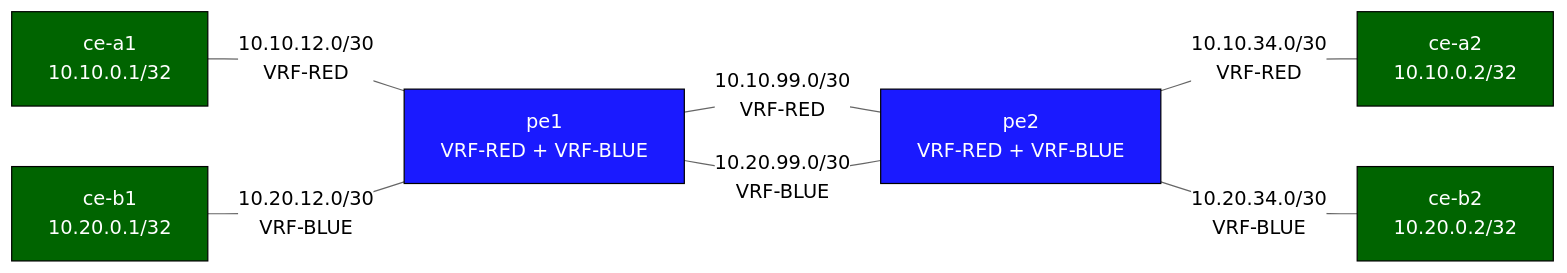
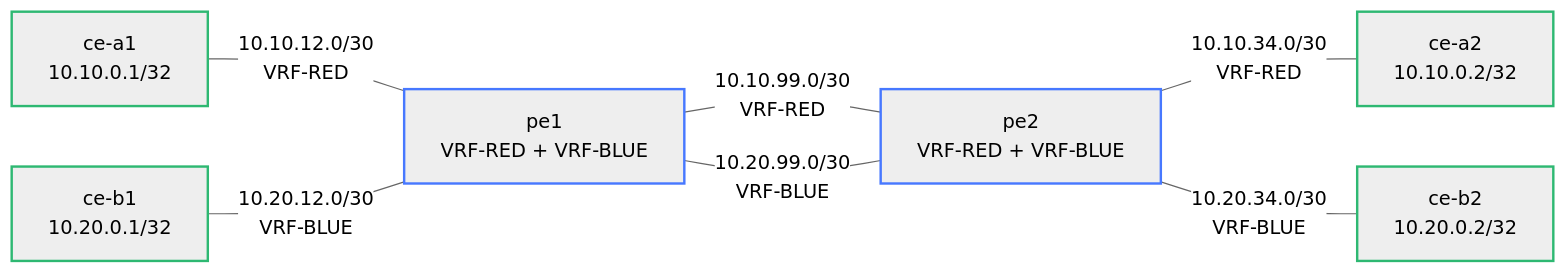
Before and after one commit to jschless/networkingLabs: the diagram in labs/vrf-lite/README.md, drawn with Mermaid (neutral theme). The commit also changed 250 other files, not shown here.

Commit message:
Fix unreadable topology diagrams, convert ASCII art, publish assessments (#57)

````diff
--- a/labs/vrf-lite/README.md
+++ b/labs/vrf-lite/README.md
@@ -11,22 +11,22 @@
 ```mermaid
 flowchart LR
-    cea1["ce-a1\n10.10.0.1/32"]
-    ceb1["ce-b1\n10.20.0.1/32"]
-    pe1["pe1\nVRF-RED + VRF-BLUE"]
-    pe2["pe2\nVRF-RED + VRF-BLUE"]
-    cea2["ce-a2\n10.10.0.2/32"]
-    ceb2["ce-b2\n10.20.0.2/32"]
+    cea1["ce-a1<br/>10.10.0.1/32"]
+    ceb1["ce-b1<br/>10.20.0.1/32"]
+    pe1["pe1<br/>VRF-RED + VRF-BLUE"]
+    pe2["pe2<br/>VRF-RED + VRF-BLUE"]
+    cea2["ce-a2<br/>10.10.0.2/32"]
+    ceb2["ce-b2<br/>10.20.0.2/32"]
 
-    cea1 -- "10.10.12.0/30\nVRF-RED" --- pe1
-    pe1 -- "10.10.99.0/30\nVRF-RED" --- pe2
-    pe2 -- "10.10.34.0/30\nVRF-RED" --- cea2
+    cea1 -- "10.10.12.0/30<br/>VRF-RED" --- pe1
+    pe1 -- "10.10.99.0/30<br/>VRF-RED" --- pe2
+    pe2 -- "10.10.34.0/30<br/>VRF-RED" --- cea2
 
-    ceb1 -- "10.20.12.0/30\nVRF-BLUE" --- pe1
-    pe1 -- "10.20.99.0/30\nVRF-BLUE" --- pe2
-    pe2 -- "10.20.34.0/30\nVRF-BLUE" --- ceb2
+    ceb1 -- "10.20.12.0/30<br/>VRF-BLUE" --- pe1
+    pe1 -- "10.20.99.0/30<br/>VRF-BLUE" --- pe2
+    pe2 -- "10.20.34.0/30<br/>VRF-BLUE" --- ceb2
 
-    classDef router fill:#1a1aff,color:#fff,stroke:#000
-    classDef ce     fill:#006400,color:#fff,stroke:#000
+    classDef router stroke:#4778ff,stroke-width:2px
+    classDef ce stroke:#2eb872,stroke-width:2px
     class pe1,pe2 router
     class cea1,cea2,ceb1,ceb2 ce
 ```
````
